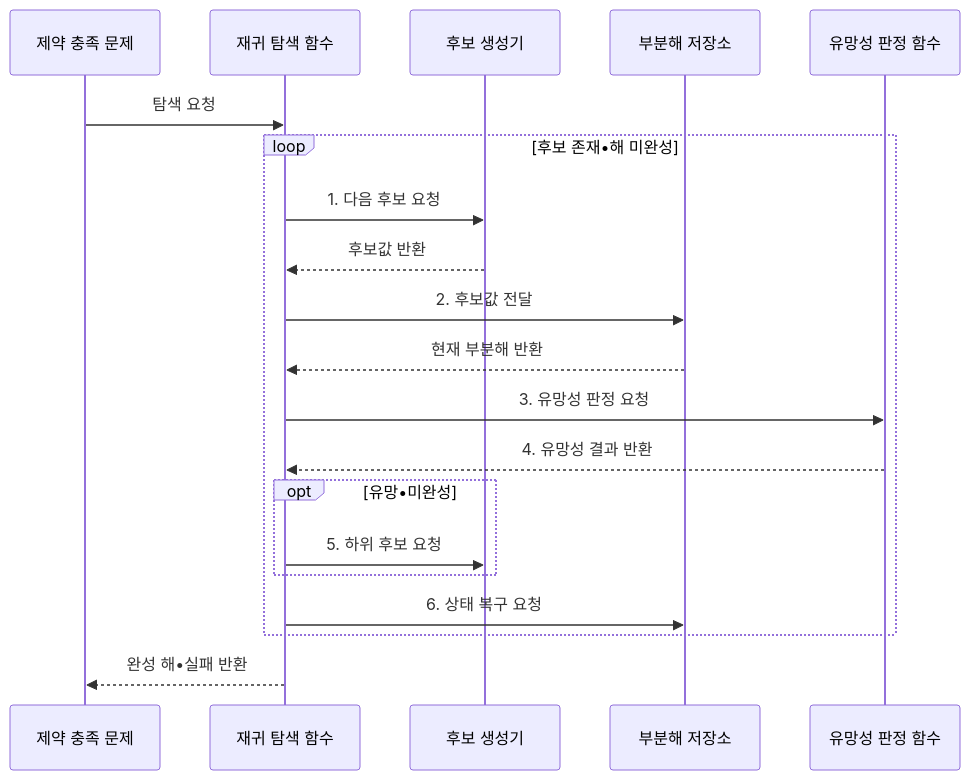
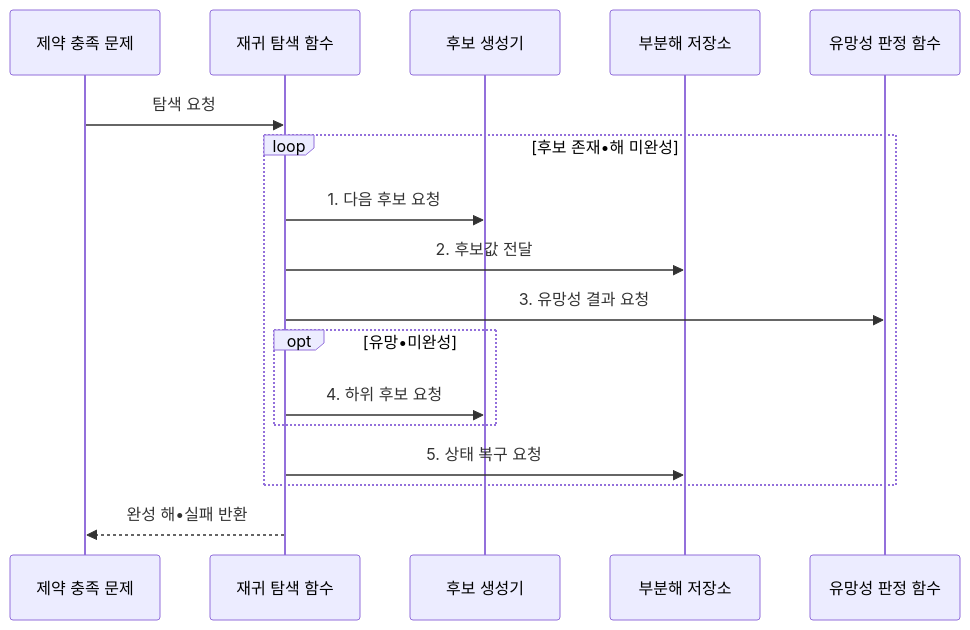
Before and after one commit to agnusdei1207/knowledge-base: the second of 2 diagrams in src/content/docs/notes/01-basic-theory/016_backtracking.md, drawn with Mermaid. The commit also changed other lines of this file and 28 other files, not shown here.

````diff
--- a/src/content/docs/notes/01-basic-theory/016_backtracking.md
+++ b/src/content/docs/notes/01-basic-theory/016_backtracking.md
@@ -84,22 +84,19 @@
 ```mermaid
 sequenceDiagram
     participant Q as 제약 충족 문제
     participant R as 재귀 탐색 함수
     participant C as 후보 생성기
     participant P as 부분해 저장소
     participant V as 유망성 판정 함수
     Q->>R: 탐색 요청
     loop 후보 존재•해 미완성
         R->>C: 1. 다음 후보 요청
-        C-->>R: 후보값 반환
         R->>P: 2. 후보값 전달
-        P-->>R: 현재 부분해 반환
-        R->>V: 3. 유망성 판정 요청
-        V-->>R: 4. 유망성 결과 반환
+        R->>V: 3. 유망성 결과 요청
         opt 유망•미완성
-            R->>C: 5. 하위 후보 요청
+            R->>C: 4. 하위 후보 요청
         end
-        R->>P: 6. 상태 복구 요청
+        R->>P: 5. 상태 복구 요청
     end
     R-->>Q: 완성 해•실패 반환
 ```
````
